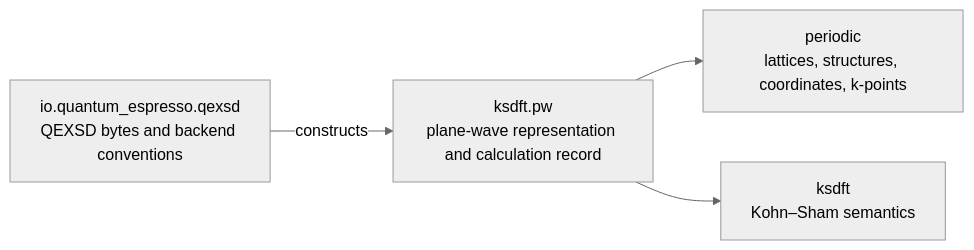
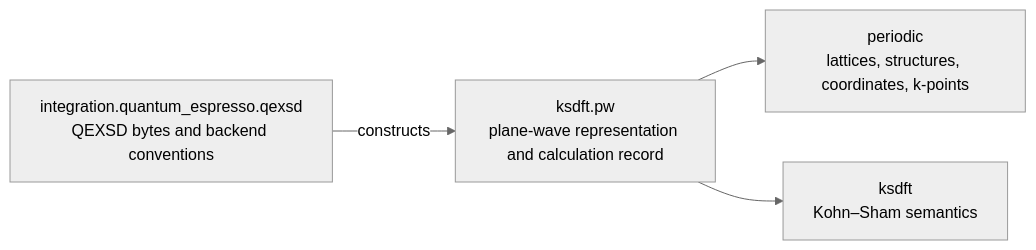
One commit to eragasa/ksdft2effmass changed the diagram in docs/computational/ksdft-pw-record-architecture.md. Above: the diagram before and after it, drawn with Mermaid (neutral theme). The commit also changed other lines of this file and 119 other files, not shown here.

Commit message:
Complete Quantum ESPRESSO integration boundary

````diff
--- a/docs/computational/ksdft-pw-record-architecture.md
+++ b/docs/computational/ksdft-pw-record-architecture.md
@@ -26,11 +26,11 @@
 ```mermaid
 flowchart LR
-    QE["io.quantum_espresso.qexsd<br/>QEXSD bytes and backend conventions"]
+    QE["integration.quantum_espresso.qexsd<br/>QEXSD bytes and backend conventions"]
     PERIODIC["periodic<br/>lattices, structures, coordinates, k-points"]
     KSDFT["ksdft<br/>Kohn–Sham semantics"]
     PW["ksdft.pw<br/>plane-wave representation and calculation record"]
 
     QE -->|"constructs"| PW
     PW --> PERIODIC
     PW --> KSDFT
 ```
````
